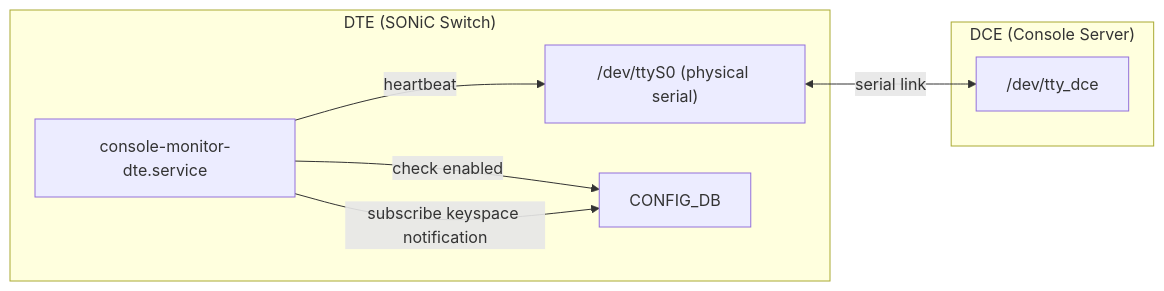
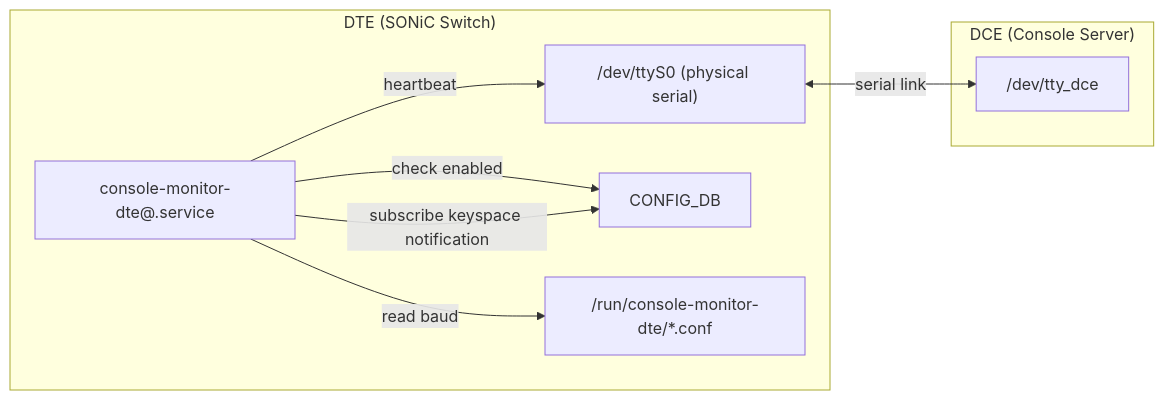
One commit to wiperi/consoled changed the second of 4 diagrams in docs/Console-Monitor-HLD-CN.md. Above: the diagram before and after it, drawn with Mermaid. The commit also changed other lines of this file and 2 other files, not shown here.

Commit message:
feat: update dte initialization process

````diff
--- a/docs/Console-Monitor-HLD-CN.md
+++ b/docs/Console-Monitor-HLD-CN.md
@@ -390,20 +395,22 @@
 ```mermaid
 flowchart LR
   subgraph DTE["DTE (SONiC Switch)"]
-    dte_service["console-monitor-dte.service"]
+    dte_service["console-monitor-dte@.service"]
     TTY_DTE["/dev/ttyS0 (physical serial)"]
     config_db["CONFIG_DB"]
+    conf_file["/run/console-monitor-dte/*.conf"]
   end
 
   subgraph DCE["DCE (Console Server)"]
     TTY_DCE["/dev/tty_dce"]
   end
 
   %% DTE side: service sends heartbeat directly to serial
+  dte_service -- read baud --> conf_file
   dte_service -- check enabled --> config_db
   dte_service -- subscribe keyspace notification --> config_db
   dte_service -- heartbeat --> TTY_DTE
 
   %% physical link
   TTY_DTE <-- serial link --> TTY_DCE
 ```
````
